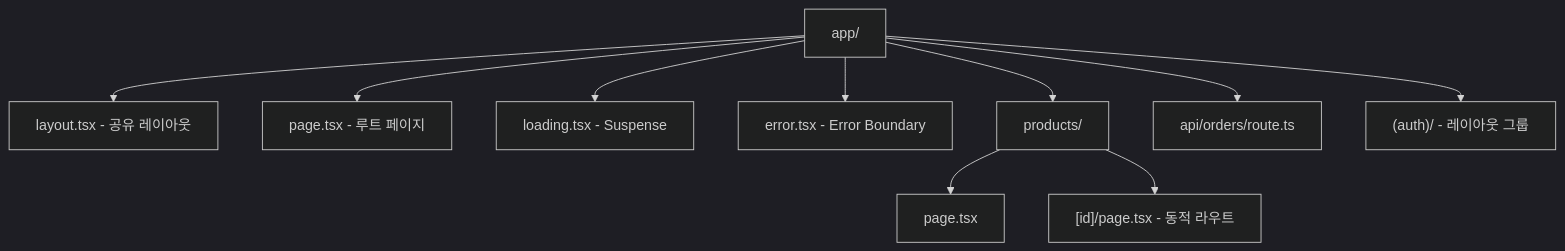
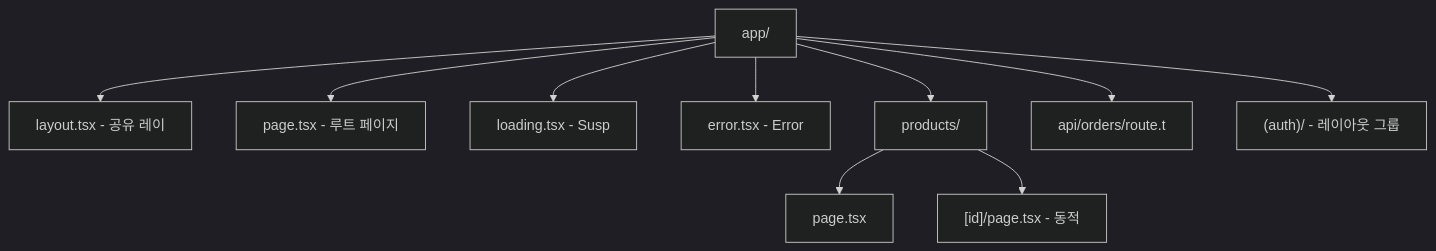
One commit to yjkim2015/yjkim2015.github.io changed the second of 5 diagrams in _posts/frontend/2026-05-01-nextjs.md. Above: the diagram before and after it, drawn with Mermaid (dark theme). The commit also changed other lines of this file and 271 other files, not shown here.

First line of the commit message:
Mermaid 라벨 축소: 긴 노드 텍스트 18자 이하로 트림 + \n 제거

````diff
--- a/_posts/frontend/2026-05-01-nextjs.md
+++ b/_posts/frontend/2026-05-01-nextjs.md
@@ -52,12 +52,12 @@
 ```mermaid
 flowchart TD
-    ROOT["app/"] --> LAYOUT["layout.tsx - 공유 레이아웃"]
+    ROOT["app/"] --> LAYOUT["layout.tsx - 공유 레이"]
     ROOT --> PAGE["page.tsx - 루트 페이지"]
-    ROOT --> LOADING["loading.tsx - Suspense"]
-    ROOT --> ERROR["error.tsx - Error Boundary"]
+    ROOT --> LOADING["loading.tsx - Susp"]
+    ROOT --> ERROR["error.tsx - Error"]
     ROOT --> PRODUCTS["products/"]
     PRODUCTS --> PROD_PAGE["page.tsx"]
-    PRODUCTS --> DYN["[id]/page.tsx - 동적 라우트"]
-    ROOT --> API["api/orders/route.ts"]
+    PRODUCTS --> DYN["[id]/page.tsx - 동적"]
+    ROOT --> API["api/orders/route.t"]
     ROOT --> AUTH["(auth)/ - 레이아웃 그룹"]
 ```
````
